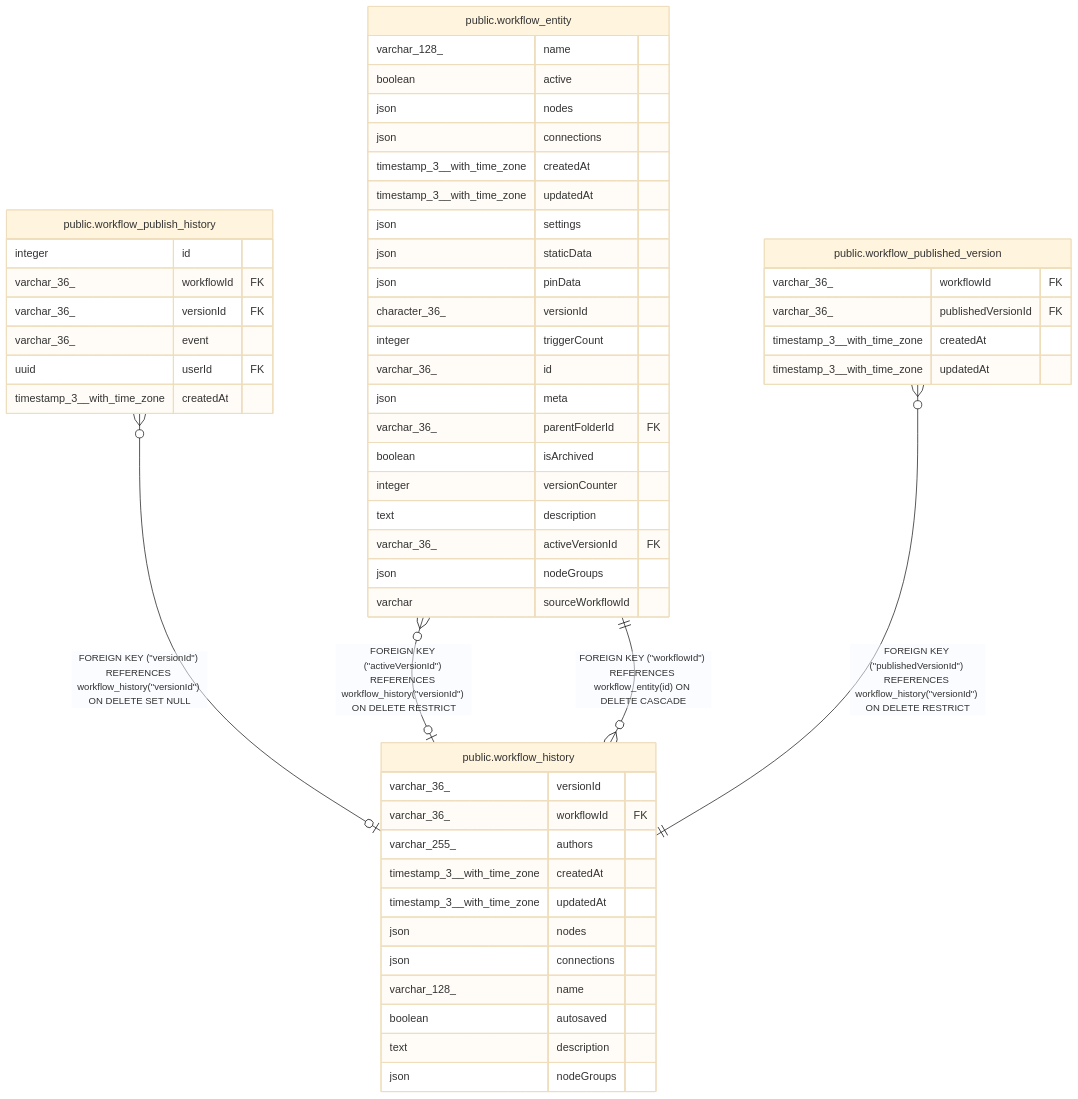
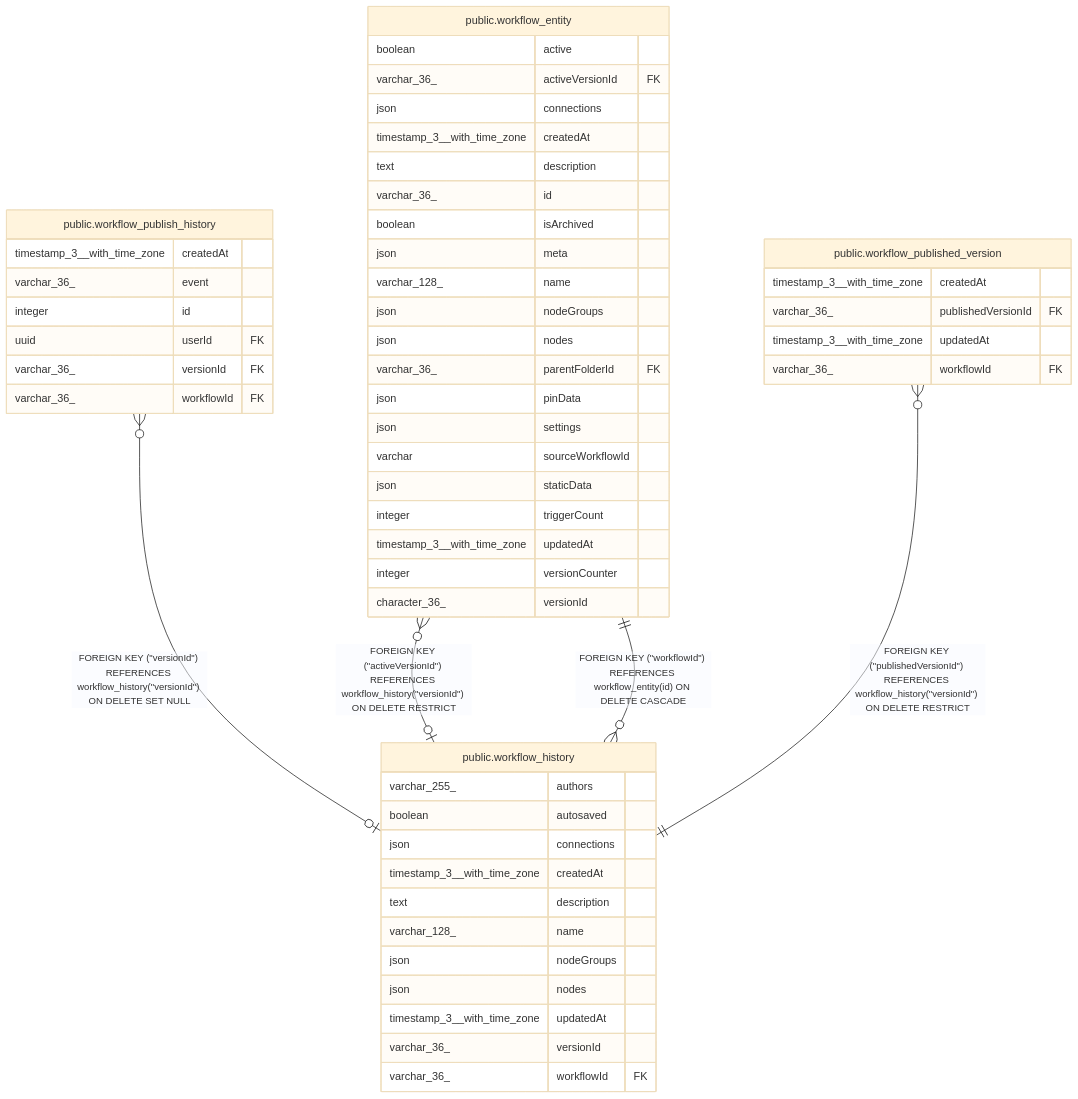
The diagram in docs/generated/postgres-schema/public.workflow_history.md (mayankjain1815-commits/n8n), drawn with Mermaid (base theme) before and after one commit. The commit also changed other lines of this file and 221 other files, not shown here.

Commit message:
chore(core): Make DB schema docs generation deterministic (#32373)

````diff
--- a/docs/generated/postgres-schema/public.workflow_history.md
+++ b/docs/generated/postgres-schema/public.workflow_history.md
@@ -44,58 +44,58 @@
 ```mermaid
 erDiagram
 
 "public.workflow_entity" }o--o| "public.workflow_history" : "FOREIGN KEY (#quot;activeVersionId#quot;) REFERENCES workflow_history(#quot;versionId#quot;) ON DELETE RESTRICT"
 "public.workflow_publish_history" }o--o| "public.workflow_history" : "FOREIGN KEY (#quot;versionId#quot;) REFERENCES workflow_history(#quot;versionId#quot;) ON DELETE SET NULL"
 "public.workflow_published_version" }o--|| "public.workflow_history" : "FOREIGN KEY (#quot;publishedVersionId#quot;) REFERENCES workflow_history(#quot;versionId#quot;) ON DELETE RESTRICT"
 "public.workflow_history" }o--|| "public.workflow_entity" : "FOREIGN KEY (#quot;workflowId#quot;) REFERENCES workflow_entity(id) ON DELETE CASCADE"
 
 "public.workflow_history" {
+  varchar_255_ authors
+  boolean autosaved
+  json connections
+  timestamp_3__with_time_zone createdAt
+  text description
+  varchar_128_ name
+  json nodeGroups
+  json nodes
+  timestamp_3__with_time_zone updatedAt
   varchar_36_ versionId
   varchar_36_ workflowId FK
-  varchar_255_ authors
-  timestamp_3__with_time_zone createdAt
-  timestamp_3__with_time_zone updatedAt
-  json nodes
-  json connections
-  varchar_128_ name
-  boolean autosaved
-  text description
-  json nodeGroups
 }
 "public.workflow_entity" {
-  varchar_128_ name
   boolean active
-  json nodes
+  varchar_36_ activeVersionId FK
   json connections
   timestamp_3__with_time_zone createdAt
+  text description
+  varchar_36_ id
+  boolean isArchived
+  json meta
+  varchar_128_ name
+  json nodeGroups
+  json nodes
+  varchar_36_ parentFolderId FK
+  json pinData
+  json settings
+  varchar sourceWorkflowId
+  json staticData
+  integer triggerCount
   timestamp_3__with_time_zone updatedAt
-  json settings
-  json staticData
-  json pinData
+  integer versionCounter
   character_36_ versionId
-  integer triggerCount
-  varchar_36_ id
-  json meta
-  varchar_36_ parentFolderId FK
-  boolean isArchived
-  integer versionCounter
-  text description
-  varchar_36_ activeVersionId FK
-  json nodeGroups
-  varchar sourceWorkflowId
 }
 "public.workflow_publish_history" {
+  timestamp_3__with_time_zone createdAt
+  varchar_36_ event
   integer id
+  uuid userId FK
+  varchar_36_ versionId FK
   varchar_36_ workflowId FK
-  varchar_36_ versionId FK
-  varchar_36_ event
-  uuid userId FK
-  timestamp_3__with_time_zone createdAt
 }
 "public.workflow_published_version" {
+  timestamp_3__with_time_zone createdAt
+  varchar_36_ publishedVersionId FK
+  timestamp_3__with_time_zone updatedAt
   varchar_36_ workflowId FK
-  varchar_36_ publishedVersionId FK
-  timestamp_3__with_time_zone createdAt
-  timestamp_3__with_time_zone updatedAt
 }
 ```
````
